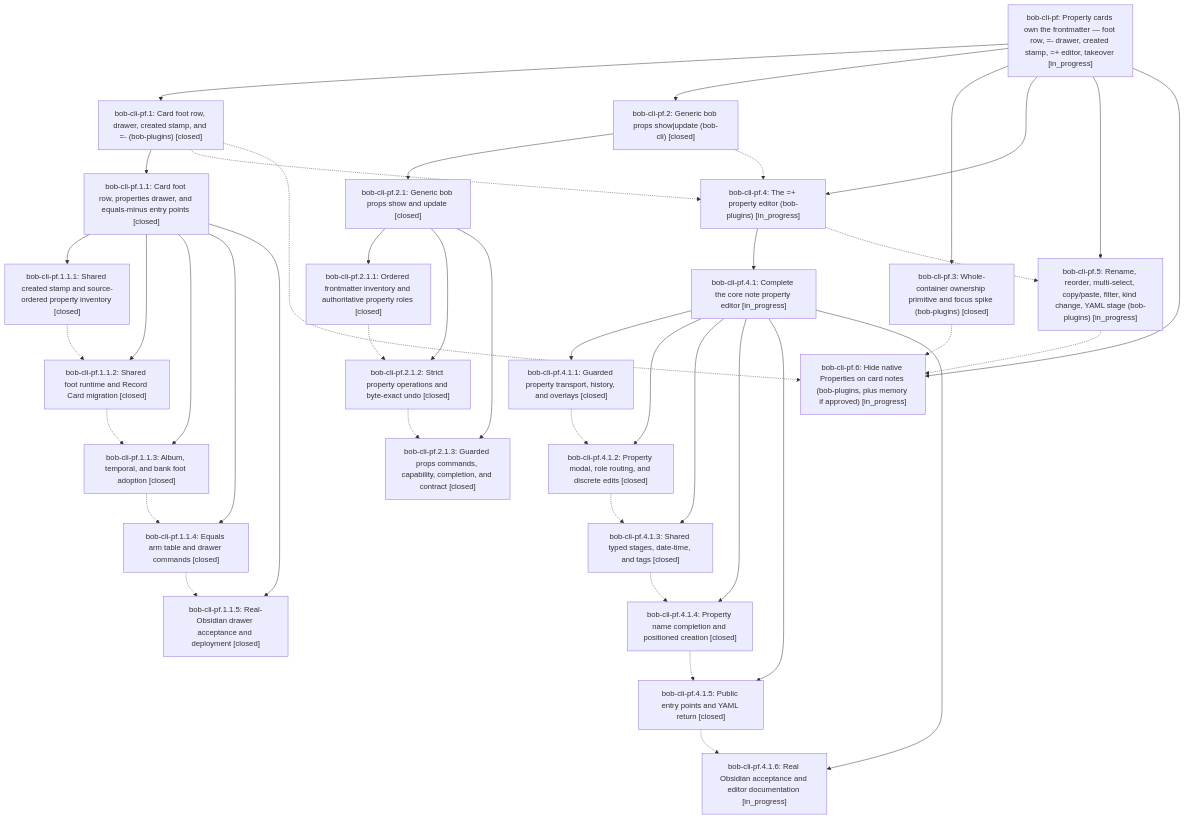
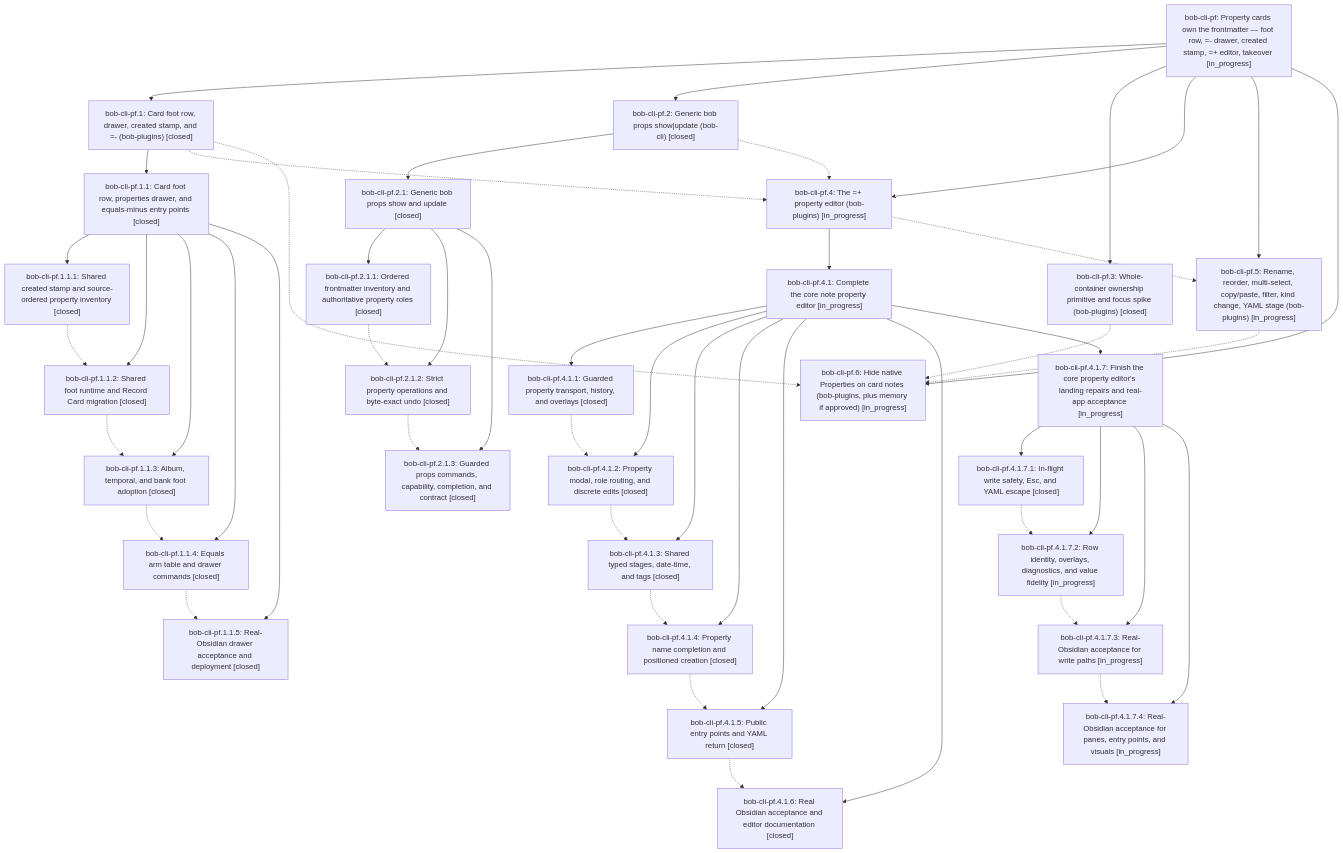
One commit to bobs-org/bob-cli--beads changed the diagram in pages/bob-cli-pf/README.md. Above: the diagram before and after it, drawn with Mermaid. The commit also changed other lines of this file and 8 other files, not shown here.

First line of the commit message:
chore(beads): sync bead state and pages for bob-cli-pf

````diff
--- a/pages/bob-cli-pf/README.md
+++ b/pages/bob-cli-pf/README.md
@@ -41,67 +41,80 @@
 ```mermaid
 flowchart TD
     n0["bob-cli-pf: Property cards own the frontmatter — foot row, =- drawer, created stamp, =+ editor, takeover [in_progress]"]
     n1["bob-cli-pf.1: Card foot row, drawer, created stamp, and =- (bob-plugins) [closed]"]
     n2["bob-cli-pf.1.1: Card foot row, properties drawer, and equals-minus entry points [closed]"]
     n3["bob-cli-pf.1.1.1: Shared created stamp and source-ordered property inventory [closed]"]
     n4["bob-cli-pf.1.1.2: Shared foot runtime and Record Card migration [closed]"]
     n5["bob-cli-pf.1.1.3: Album, temporal, and bank foot adoption [closed]"]
     n6["bob-cli-pf.1.1.4: Equals arm table and drawer commands [closed]"]
     n7["bob-cli-pf.1.1.5: Real-Obsidian drawer acceptance and deployment [closed]"]
     n8["bob-cli-pf.2: Generic bob props show|update (bob-cli) [closed]"]
     n9["bob-cli-pf.2.1: Generic bob props show and update [closed]"]
     n10["bob-cli-pf.2.1.1: Ordered frontmatter inventory and authoritative property roles [closed]"]
     n11["bob-cli-pf.2.1.2: Strict property operations and byte-exact undo [closed]"]
     n12["bob-cli-pf.2.1.3: Guarded props commands, capability, completion, and contract [closed]"]
     n13["bob-cli-pf.3: Whole-container ownership primitive and focus spike (bob-plugins) [closed]"]
     n14["bob-cli-pf.4: The =+ property editor (bob-plugins) [in_progress]"]
     n15["bob-cli-pf.4.1: Complete the core note property editor [in_progress]"]
     n16["bob-cli-pf.4.1.1: Guarded property transport, history, and overlays [closed]"]
     n17["bob-cli-pf.4.1.2: Property modal, role routing, and discrete edits [closed]"]
     n18["bob-cli-pf.4.1.3: Shared typed stages, date-time, and tags [closed]"]
     n19["bob-cli-pf.4.1.4: Property name completion and positioned creation [closed]"]
     n20["bob-cli-pf.4.1.5: Public entry points and YAML return [closed]"]
-    n21["bob-cli-pf.4.1.6: Real Obsidian acceptance and editor documentation [in_progress]"]
-    n22["bob-cli-pf.5: Rename, reorder, multi-select, copy/paste, filter, kind change, YAML stage (bob-plugins) [in_progress]"]
-    n23["bob-cli-pf.6: Hide native Properties on card notes (bob-plugins, plus memory if approved) [in_progress]"]
+    n21["bob-cli-pf.4.1.6: Real Obsidian acceptance and editor documentation [closed]"]
+    n22["bob-cli-pf.4.1.7: Finish the core property editor's landing repairs and real-app acceptance [in_progress]"]
+    n23["bob-cli-pf.4.1.7.1: In-flight write safety, Esc, and YAML escape [closed]"]
+    n24["bob-cli-pf.4.1.7.2: Row identity, overlays, diagnostics, and value fidelity [in_progress]"]
+    n25["bob-cli-pf.4.1.7.3: Real-Obsidian acceptance for write paths [in_progress]"]
+    n26["bob-cli-pf.4.1.7.4: Real-Obsidian acceptance for panes, entry points, and visuals [in_progress]"]
+    n27["bob-cli-pf.5: Rename, reorder, multi-select, copy/paste, filter, kind change, YAML stage (bob-plugins) [in_progress]"]
+    n28["bob-cli-pf.6: Hide native Properties on card notes (bob-plugins, plus memory if approved) [in_progress]"]
     n0 --> n1
     n1 --> n2
     n2 --> n3
     n2 --> n4
     n2 --> n5
     n2 --> n6
     n2 --> n7
     n0 --> n8
     n8 --> n9
     n9 --> n10
     n9 --> n11
     n9 --> n12
     n0 --> n13
     n0 --> n14
     n14 --> n15
     n15 --> n16
     n15 --> n17
     n15 --> n18
     n15 --> n19
     n15 --> n20
     n15 --> n21
-    n0 --> n22
-    n0 --> n23
+    n15 --> n22
+    n22 --> n23
+    n22 --> n24
+    n22 --> n25
+    n22 --> n26
+    n0 --> n27
+    n0 --> n28
     n1 -.-> n14
-    n1 -.-> n23
+    n1 -.-> n28
     n3 -.-> n4
     n4 -.-> n5
     n5 -.-> n6
     n6 -.-> n7
     n8 -.-> n14
     n10 -.-> n11
     n11 -.-> n12
-    n13 -.-> n23
-    n14 -.-> n22
+    n13 -.-> n28
+    n14 -.-> n27
     n16 -.-> n17
     n17 -.-> n18
     n18 -.-> n19
     n19 -.-> n20
     n20 -.-> n21
-    n22 -.-> n23
+    n23 -.-> n24
+    n24 -.-> n25
+    n25 -.-> n26
+    n27 -.-> n28
 ```
````
